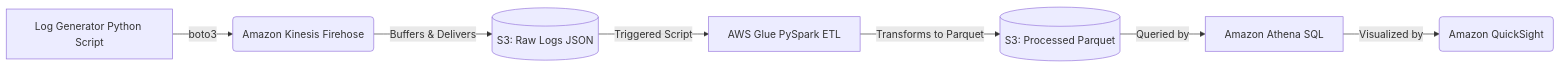
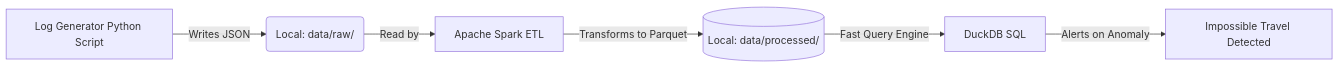
One commit to zrledwards-cmd/cyber-log-pipeline changed the diagram in README.md. Above: the diagram before and after it, drawn with Mermaid. The commit also changed other lines of this file and 11 other files, not shown here.

Commit message:
feat: migrate cloud pipeline to 100% free PySpark/DuckDB local stack

````diff
--- a/README.md
+++ b/README.md
@@ -11,9 +11,8 @@
 ```mermaid
 graph LR
-    A[Log Generator Python Script] -->|boto3| B(Amazon Kinesis Firehose)
-    B -->|Buffers & Delivers| C[(S3: Raw Logs JSON)]
-    C -->|Triggered Script| D[AWS Glue PySpark ETL]
-    D -->|Transforms to Parquet| E[(S3: Processed Parquet)]
-    E -->|Queried by| F[Amazon Athena SQL]
-    F -->|Visualized by| G(Amazon QuickSight)
+    A[Log Generator Python Script] -->|Writes JSON| B(Local: data/raw/)
+    B -->|Read by| C[Apache Spark ETL]
+    C -->|Transforms to Parquet| D[(Local: data/processed/)]
+    D -->|Fast Query Engine| E[DuckDB SQL]
+    E -->|Alerts on Anomaly| F[Impossible Travel Detected]
 ```
````
